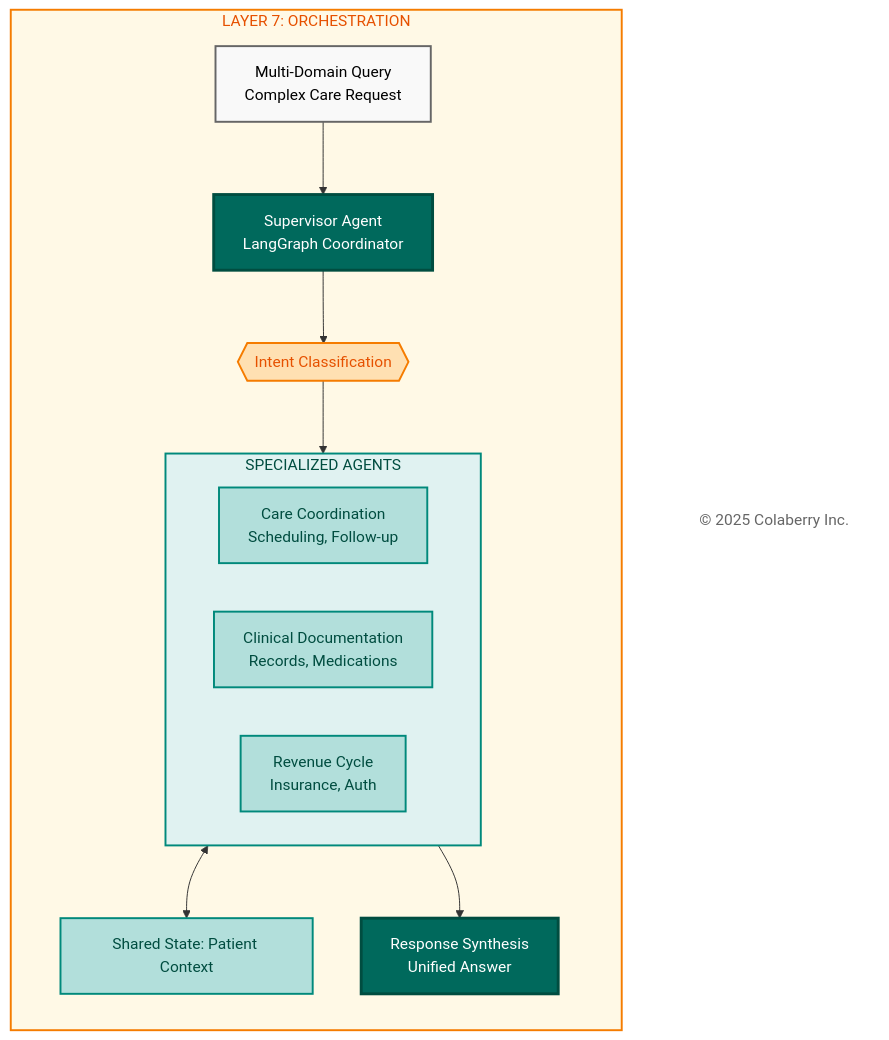
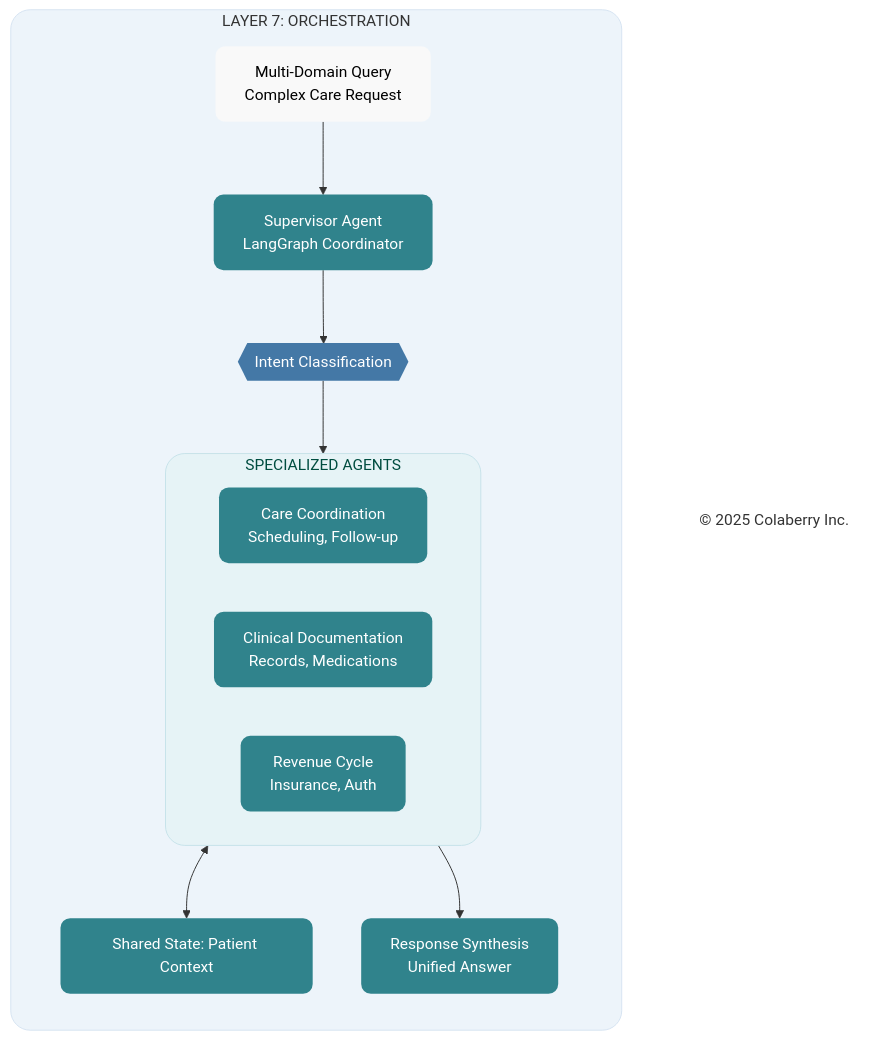
One commit to saitejesh-cyber/trust-before-intelligence-book changed the ninth of 14 diagrams in manuscript/07_chapter_6_transparency_orchestration_layers.md. Above: the diagram before and after it, drawn with Mermaid. The commit also changed other lines of this file and 7 other files, not shown here.

Commit message:
Chapter 6to13: Updated mermaid diagrams based on new colaberry color code

````diff
--- a/manuscript/07_chapter_6_transparency_orchestration_layers.md
+++ b/manuscript/07_chapter_6_transparency_orchestration_layers.md
@@ -773,40 +773,40 @@
 ```mermaid
 
 graph TB
     subgraph LAYER7["LAYER 7: ORCHESTRATION"]
         direction TB
         Query["Multi-Domain Query<br/>Complex Care Request"]
         Supervisor["Supervisor Agent<br/>LangGraph Coordinator"]
         Intent{{"Intent Classification"}}
         
         subgraph AGENTS["SPECIALIZED AGENTS"]
             direction LR
             Care["Care Coordination<br/>Scheduling, Follow-up"]
             Clinical["Clinical Documentation<br/>Records, Medications"]
             Revenue["Revenue Cycle<br/>Insurance, Auth"]
         end
         
         State["Shared State: Patient Context"]
         Synthesis["Response Synthesis<br/>Unified Answer"]
     end
     
     Copyright["© 2025 Colaberry Inc."]
     
     Query --> Supervisor --> Intent
     Intent --> AGENTS
     AGENTS <--> State
     AGENTS --> Synthesis
     
-    style LAYER7 fill:#fff9e6,stroke:#f57c00,stroke-width:2px,color:#e65100
-    style Query fill:#f9f9f9,stroke:#666666,stroke-width:2px,color:#000000
-    style Supervisor fill:#00695c,color:#ffffff,stroke:#004d40,stroke-width:3px
-    style Intent fill:#ffe0b2,stroke:#f57c00,stroke-width:2px,color:#e65100
-    style AGENTS fill:#e0f2f1,stroke:#00897b,stroke-width:2px,color:#004d40
-    style Care fill:#b2dfdb,stroke:#00897b,stroke-width:2px,color:#004d40
-    style Clinical fill:#b2dfdb,stroke:#00897b,stroke-width:2px,color:#004d40
-    style Revenue fill:#b2dfdb,stroke:#00897b,stroke-width:2px,color:#004d40
-    style State fill:#b2dfdb,stroke:#00897b,stroke-width:2px,color:#004d40
-    style Synthesis fill:#00695c,color:#ffffff,stroke:#004d40,stroke-width:3px
-    style Copyright fill:#ffffff,stroke:none,color:#666666
+    style LAYER7 fill:#edf4fa,stroke:#d6e4f2,stroke-width:1px,color:#333333,rx:20,ry:20
+    style Query fill:#f9f9f9,stroke:none,color:#000000,rx:10,ry:10
+    style Supervisor fill:#30838C,stroke:none,color:#ffffff,rx:10,ry:10
+    style Intent fill:#4478A6,stroke:none,color:#ffffff,rx:10,ry:10
+    style AGENTS fill:#e6f3f6,stroke:#c7e3ea,stroke-width:1px,color:#004d40,rx:20,ry:20
+    style Care fill:#30838C,stroke:none,color:#ffffff,rx:10,ry:10
+    style Clinical fill:#30838C,stroke:none,color:#ffffff,rx:10,ry:10
+    style Revenue fill:#30838C,stroke:none,color:#ffffff,rx:10,ry:10
+    style State fill:#30838C,stroke:none,color:#ffffff,rx:10,ry:10
+    style Synthesis fill:#30838C,stroke:none,color:#ffffff,rx:10,ry:10
+    style Copyright fill:none,stroke:none,color:#333333
 
 ```
````
